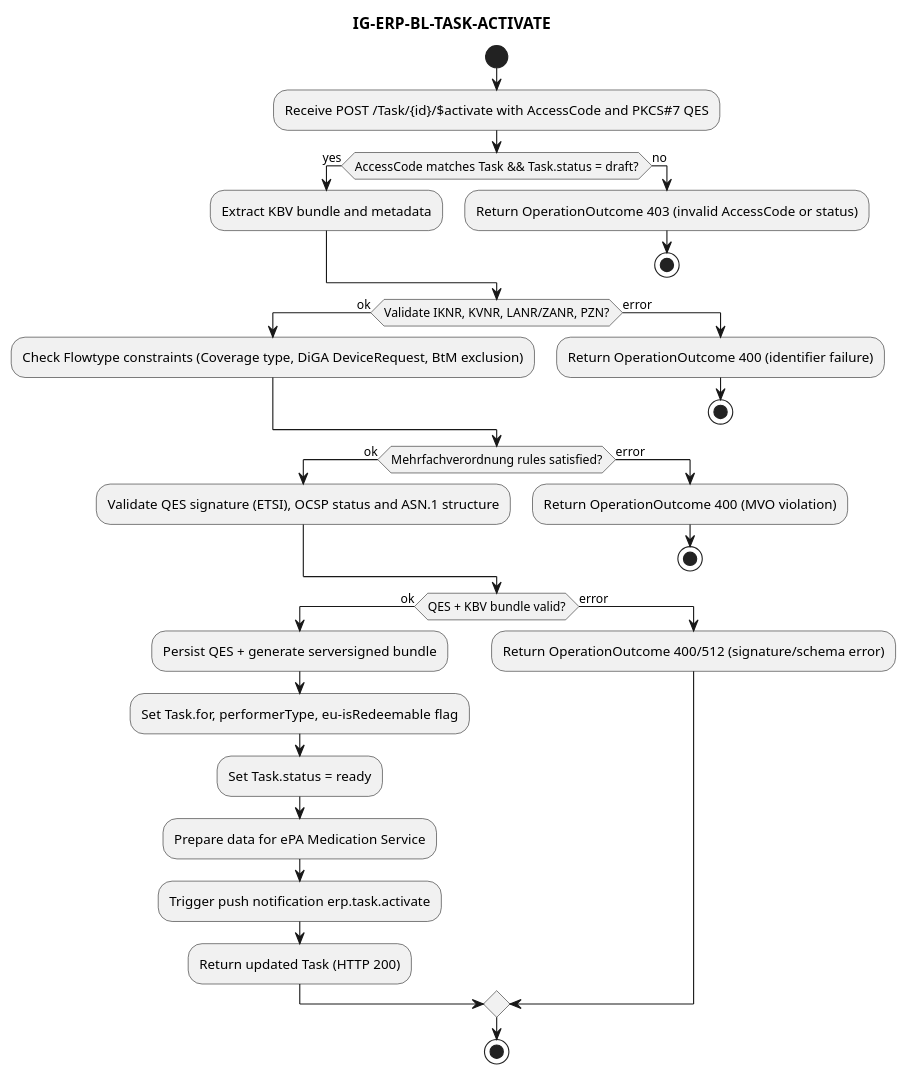
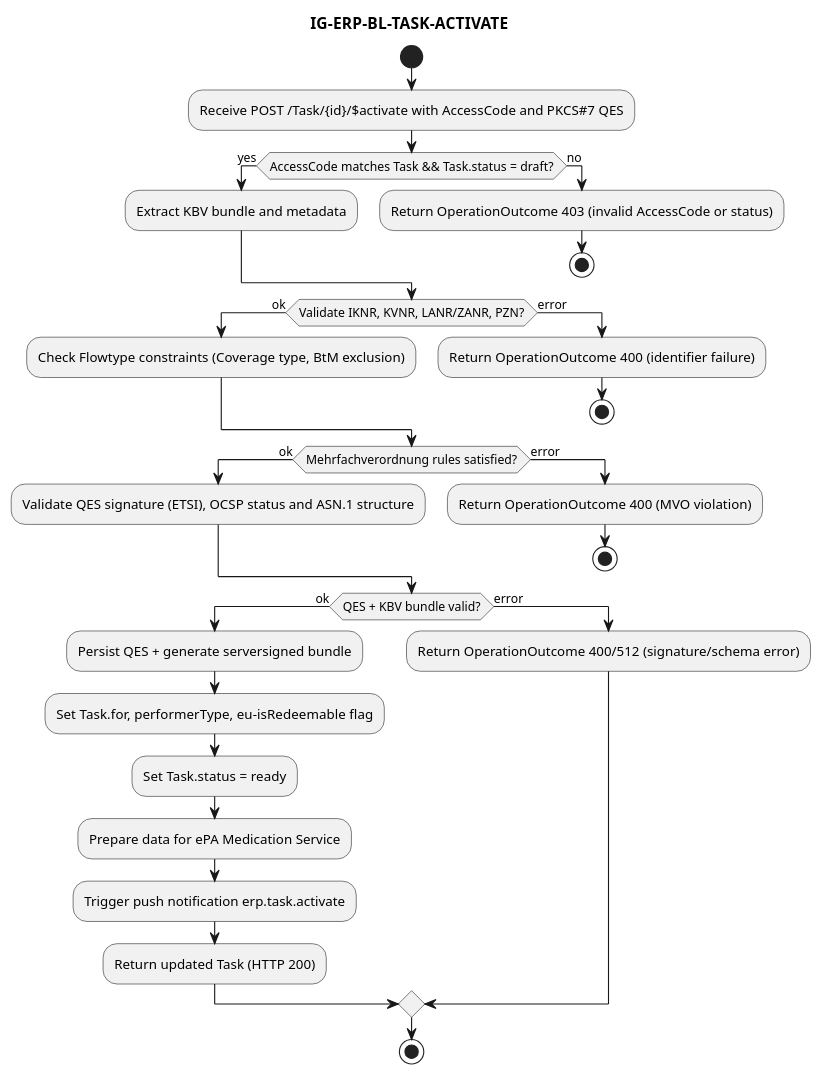
The diagram in igs/rx/input/images-source/IG-ERP-BL-TASK-ACTIVATE.plantuml (gematik/fhir-igs-workflow), drawn with PlantUML before and after one commit. The commit also changed 202 other files, not shown here.

```diff
--- a/igs/rx/input/images-source/IG-ERP-BL-TASK-ACTIVATE.plantuml
+++ b/igs/rx/input/images-source/IG-ERP-BL-TASK-ACTIVATE.plantuml
@@ -1,38 +1,38 @@
 @startuml
 
 title IG-ERP-BL-TASK-ACTIVATE
 
 start
 :Receive POST /Task/{id}/$activate with AccessCode and PKCS#7 QES;
 if (AccessCode matches Task && Task.status = draft?) then (yes)
 	:Extract KBV bundle and metadata;
 else (no)
 	:Return OperationOutcome 403 (invalid AccessCode or status);
 	stop
 endif
 if (Validate IKNR, KVNR, LANR/ZANR, PZN?) then (ok)
-	:Check Flowtype constraints (Coverage type, DiGA DeviceRequest, BtM exclusion);
+	:Check Flowtype constraints (Coverage type, BtM exclusion);
 else (error)
 	:Return OperationOutcome 400 (identifier failure);
 	stop
 endif
 if (Mehrfachverordnung rules satisfied?) then (ok)
 	:Validate QES signature (ETSI), OCSP status and ASN.1 structure;
 else (error)
 	:Return OperationOutcome 400 (MVO violation);
 	stop
 endif
 if (QES + KBV bundle valid?) then (ok)
 	:Persist QES + generate serversigned bundle;
 	:Set Task.for, performerType, eu-isRedeemable flag;
 	:Set Task.status = ready;
 	:Prepare data for ePA Medication Service;
 	:Trigger push notification erp.task.activate;
 	:Return updated Task (HTTP 200);
 else (error)
 	:Return OperationOutcome 400/512 (signature/schema error);
 endif
 
 stop
 
 @enduml
```
